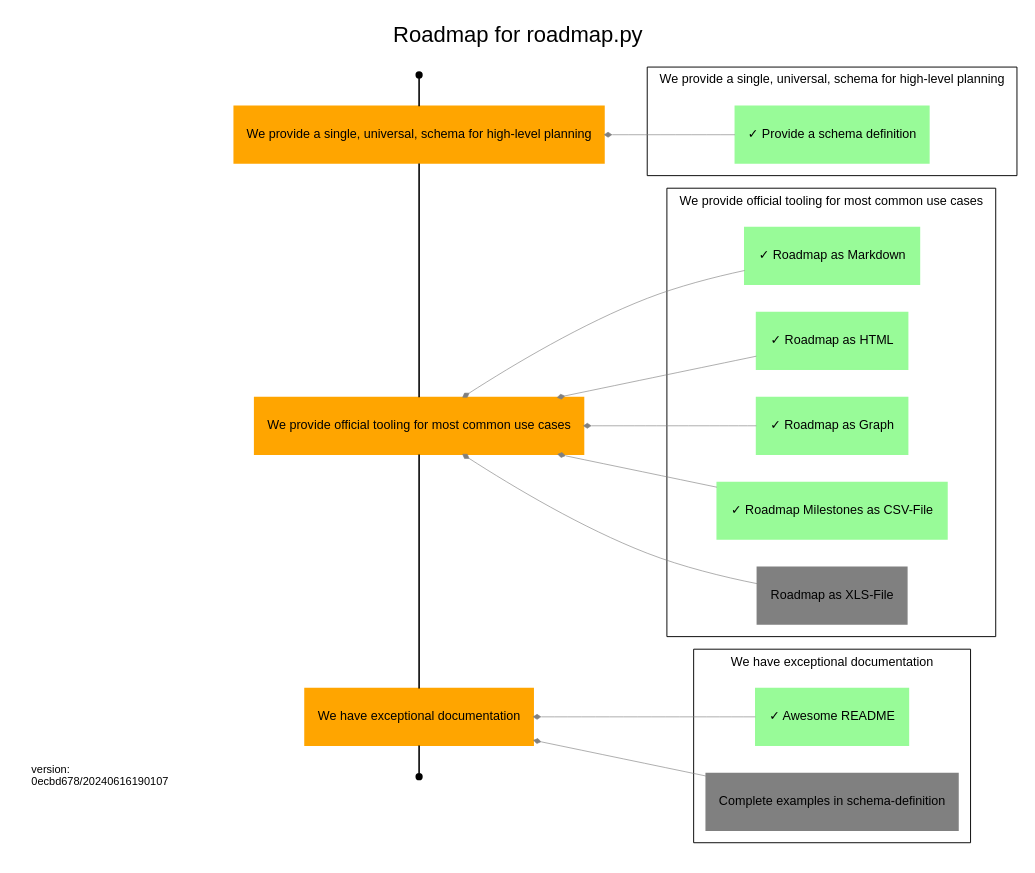
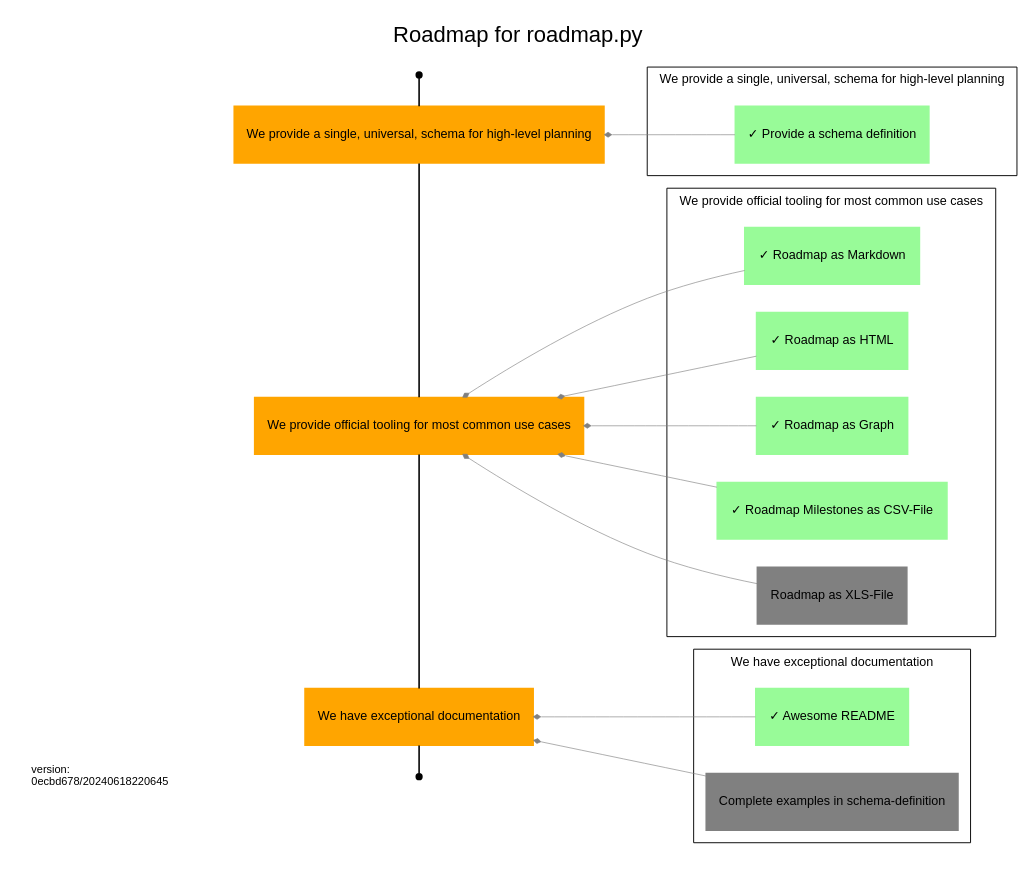
One commit to uroflavin/roadmap changed the diagram in roadmap/roadmap.dot. Above: the diagram before and after it, drawn with Graphviz. The commit also changed 7 other files, not shown here.

```diff
--- a/roadmap/roadmap.dot
+++ b/roadmap/roadmap.dot
@@ -1,143 +1,143 @@
 digraph Roadmap {
   rankdir=RL;
   label="Roadmap for roadmap.py"
   tooltip="This is the planning roadmap for the [uroflavin/roadmap](https://github.com/uroflavin/roadmap) project. 
 It acts as both the plan for implementing this tool as well as a demonstration of what a roadmap might look like.
 
 One good example is this roadmap itself. 
 What to-do and what is already done to implement roadmap.py can you see in this picture.
 
 ![Roadmap Objectives and Keyresults, rendered from roadmap.yml](roadmap.dot.png)
 
 One of the things you'll immediately notice about this file is that it uses *Markdown* for formatting of text and is designed around a structured YAML schema. 
 The goal is to make this as easy as possible for humans to read and reason about, while also enabling powerful visualizations to be generated based on the content.
 ";
   fontname="Arial";
   labelloc="t";
 
   node[style="filled",shape="rectangle",color="orange",fontname="Arial",fontsize=8];
   edge[weight=1,group="milestones",arrowhead="none"];
 
   {
 	rank=same;
 
 	start[label="Start",shape="point",color="",tooltip="This is the start of your roadmap."];
     end[label="End",shape="point",color="",tooltip="This is the end of your roadmap."];
     
     
     o1 [label="We provide a single, universal, schema for high-level planning",tooltip="The goal of this project is, primarily, to provide a single schema that can be used by different teams to describe the work they are doing and their future intentions. 
 The usefulness and applicability of this schema to real-world problem domains will determine whether anything else we do here is of value.
 "];
         
             "start" -> o1;
         
     o2 [label="We provide official tooling for most common use cases",tooltip="While the goal of having a single unified schema for planning is that it enables the development of tools that automate various aspects of planning, most teams are not going to adopt this if the fundamentals aren't already solved for them. 
 This includes things like being able to visualize your road map in common formats, validating it against the schema etc.
 "];
         
             o1 -> o2;
         
     o3 [label="We have exceptional documentation",tooltip="Adoption of something intended to make planning easier is only going to be successful if it is easy to use, and a critical part of that is great documentation. 
 Our goal is that someone with no familiarity with our tooling can ramp up and have an initial road map ready for use within only a few minutes.
 "];
         
             o2 -> o3;
         
             o3 -> "end" ;
         }
   node[color="grey"];
   edge[weight=5,color="grey",penwidth=0.4,arrowsize=0.4,group="dependencies",arrowhead="diamond"];
 
   
         
         subgraph cluster_o1 {
             label="We provide a single, universal, schema for high-level planning";
             tooltip="The goal of this project is, primarily, to provide a single schema that can be used by different teams to describe the work they are doing and their future intentions. 
 The usefulness and applicability of this schema to real-world problem domains will determine whether anything else we do here is of value.
 ";
             fontsize=8;
             penwidth=0.6;
             
                 
                 
                     
                 o1_r1 [label="✓ Provide a schema definition",tooltip="Develop a schema that fulfills the main requirements of the objective",color="palegreen"];
                 o1_r1 -> o1;
             }
     
         
         subgraph cluster_o2 {
             label="We provide official tooling for most common use cases";
             tooltip="While the goal of having a single unified schema for planning is that it enables the development of tools that automate various aspects of planning, most teams are not going to adopt this if the fundamentals aren't already solved for them. 
 This includes things like being able to visualize your road map in common formats, validating it against the schema etc.
 ";
             fontsize=8;
             penwidth=0.6;
             
                 
                 
                     
                 o2_r1 [label="✓ Roadmap as Markdown",tooltip="We should be able to generate some markdown out of roadmap.yml
 ",color="palegreen"];
                 o2_r1 -> o2;
             
                 
                 
                     
                 o2_r2 [label="✓ Roadmap as HTML",tooltip="We should be able to generate some html out of roadmap.yml
 ",color="palegreen"];
                 o2_r2 -> o2;
             
                 
                 
                     
                 o2_r3 [label="✓ Roadmap as Graph",tooltip="We should be able to generate some dot out of roadmap.yml
 ",color="palegreen"];
                 o2_r3 -> o2;
             
                 
                 
                     
                 o2_r4 [label="✓ Roadmap Milestones as CSV-File",tooltip="Excel is THE projectmanagement tool. 
 To render some progress in your favorite tool ;-) we should be able to generate some csv out of roadmap.yml-milestone and deliverables.
 CSV is limited capable for exporting everything, so this would be a good first step towards Roadmap als XLS-File.
 ",color="palegreen"];
                 o2_r4 -> o2;
             
                 
                 
                     
                 o2_r5 [label="Roadmap as XLS-File",tooltip="We should be able to generate some xls out of roadmap.yml
 ",color="grey"];
                 o2_r5 -> o2;
             }
     
         
         subgraph cluster_o3 {
             label="We have exceptional documentation";
             tooltip="Adoption of something intended to make planning easier is only going to be successful if it is easy to use, and a critical part of that is great documentation. 
 Our goal is that someone with no familiarity with our tooling can ramp up and have an initial road map ready for use within only a few minutes.
 ";
             fontsize=8;
             penwidth=0.6;
             
                 
                 
                     
                 o3_r1 [label="✓ Awesome README",tooltip="We need to complete our README explaining the purpose of this project and giving some basic examples of its use.
 ",color="palegreen"];
                 o3_r1 -> o3;
             
                 
                 
                     
                 o3_r2 [label="Complete examples in schema-definition",tooltip="Complete the examples so that every user of the schema is able to find suitable examples for their specific use cases",color="grey"];
                 o3_r2 -> o3;
             }
     subgraph footer {
                 {
                     rank="sink"; 
-                    footer [fontsize=7 shape="box" color="white" label="version:\l0ecbd678/20240616190107\l"];
+                    footer [fontsize=7 shape="box" color="white" label="version:\l0ecbd678/20240618220645\l"];
                 }
             }
 }
```
